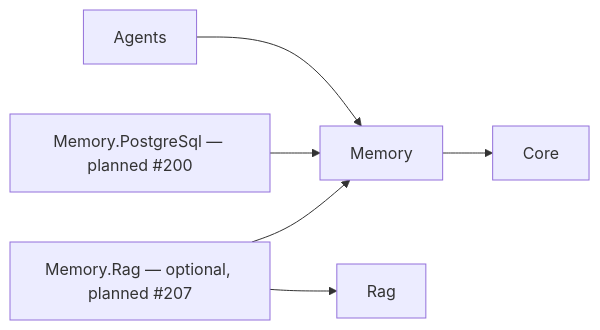
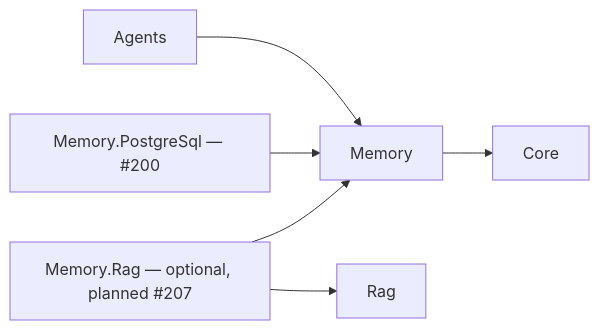
The diagram in docs/memory-foundations.md (runiq-net/Runiq.AI), drawn with Mermaid before and after one commit. The commit also changed other lines of this file and 47 other files, not shown here.

````diff
--- a/docs/memory-foundations.md
+++ b/docs/memory-foundations.md
@@ -7,8 +7,8 @@
 ```mermaid
 graph LR
   Agents --> Memory
   Memory --> Core
-  MemoryPostgreSql["Memory.PostgreSql — planned #200"] --> Memory
+  MemoryPostgreSql["Memory.PostgreSql — #200"] --> Memory
   MemoryRag["Memory.Rag — optional, planned #207"] --> Memory
   MemoryRag --> Rag
 ```
````
